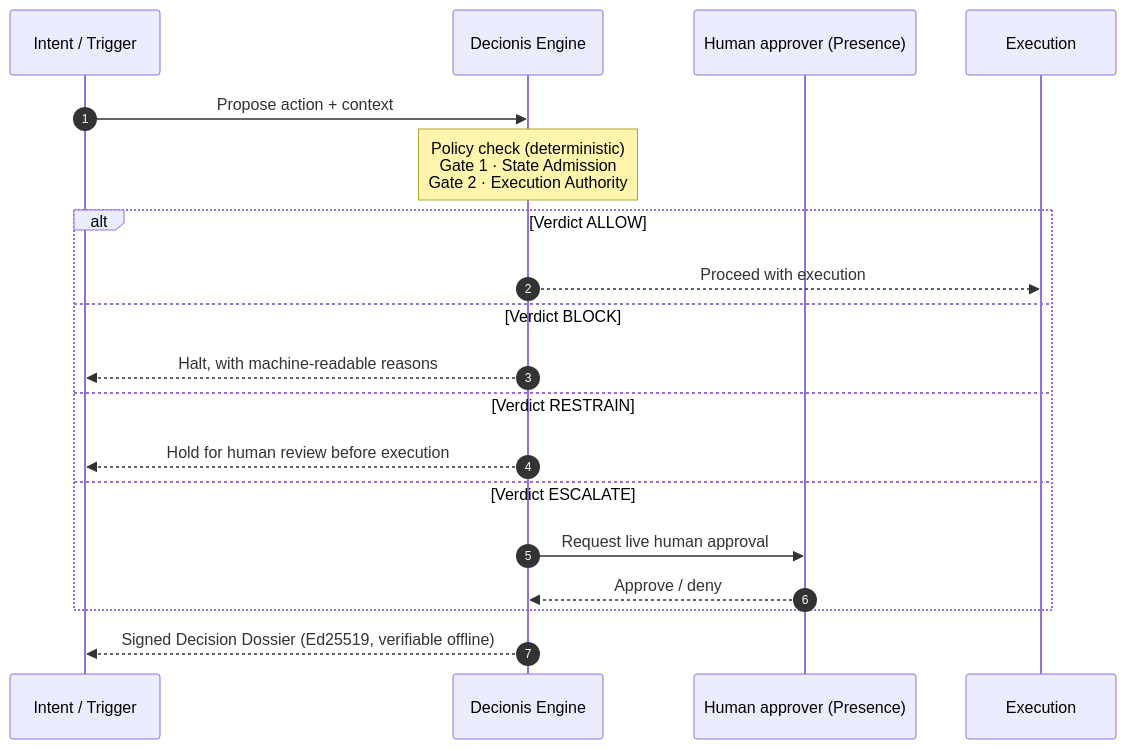
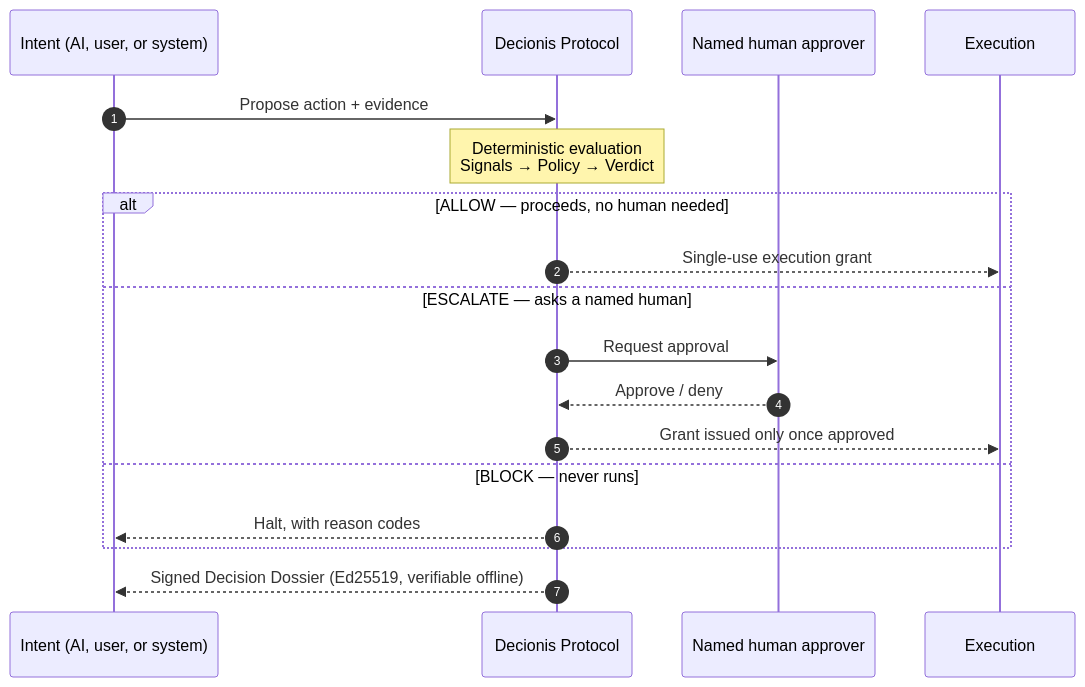
One commit to decionis/.github changed the diagram in profile/README.md. Above: the diagram before and after it, drawn with Mermaid. The commit also changed other lines of this file and 4 other files, not shown here.

````diff
--- a/profile/README.md
+++ b/profile/README.md
@@ -37,22 +51,21 @@
 ```mermaid
 sequenceDiagram
     autonumber
-    participant T as Intent / Trigger
-    participant E as Decionis Engine
-    participant H as Human approver (Presence)
+    participant T as Intent (AI, user, or system)
+    participant P as Decionis Protocol
+    participant H as Named human approver
     participant X as Execution
 
-    T->>E: Propose action + context
-    Note over E: Policy check (deterministic)<br/>Gate 1 · State Admission<br/>Gate 2 · Execution Authority
-    alt Verdict ALLOW
-        E-->>X: Proceed with execution
-    else Verdict BLOCK
-        E-->>T: Halt, with machine-readable reasons
-    else Verdict RESTRAIN
-        E-->>T: Hold for human review before execution
-    else Verdict ESCALATE
-        E->>H: Request live human approval
-        H-->>E: Approve / deny
+    T->>P: Propose action + evidence
+    Note over P: Deterministic evaluation<br/>Signals → Policy → Verdict
+    alt ALLOW — proceeds, no human needed
+        P-->>X: Single-use execution grant
+    else ESCALATE — asks a named human
+        P->>H: Request approval
+        H-->>P: Approve / deny
+        P-->>X: Grant issued only once approved
+    else BLOCK — never runs
+        P-->>T: Halt, with reason codes
     end
-    E-->>T: Signed Decision Dossier (Ed25519, verifiable offline)
+    P-->>T: Signed Decision Dossier (Ed25519, verifiable offline)
 ```
````
